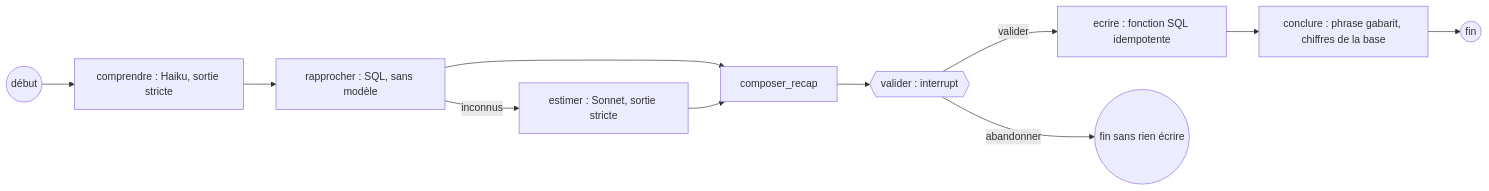
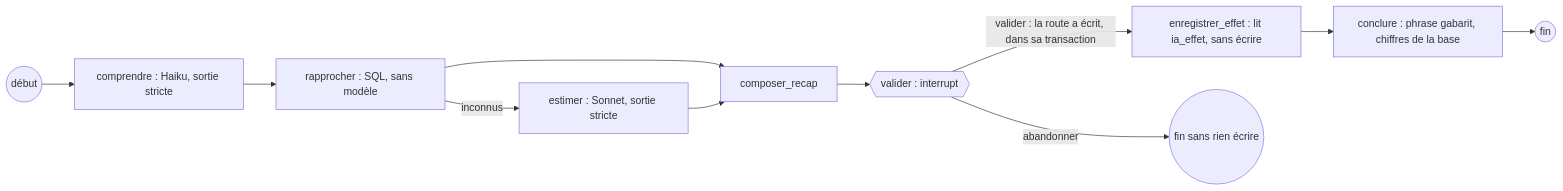
One commit to kamil-bentounes/popote-web changed the fourth of 4 diagrams in docs/superpowers/plans/2026-11-13-socle-0-5-ia.md. Above: the diagram before and after it, drawn with Mermaid. The commit also changed other lines of this file and 1 other file, not shown here.

````diff
--- a/docs/superpowers/plans/2026-11-13-socle-0-5-ia.md
+++ b/docs/superpowers/plans/2026-11-13-socle-0-5-ia.md
@@ -417,13 +433,13 @@
 ```mermaid
 flowchart LR
   S((début)) --> C[comprendre : Haiku, sortie stricte]
   C --> R[rapprocher : SQL, sans modèle]
   R -->|inconnus| E[estimer : Sonnet, sortie stricte]
   R --> B[composer_recap]
   E --> B
   B --> V{{valider : interrupt}}
-  V -->|valider| W[ecrire : fonction SQL idempotente]
+  V -->|valider : la route a écrit, dans sa transaction| W[enregistrer_effet : lit ia_effet, sans écrire]
   V -->|abandonner| X((fin sans rien écrire))
   W --> K[conclure : phrase gabarit, chiffres de la base]
   K --> Y((fin))
 ```
````
